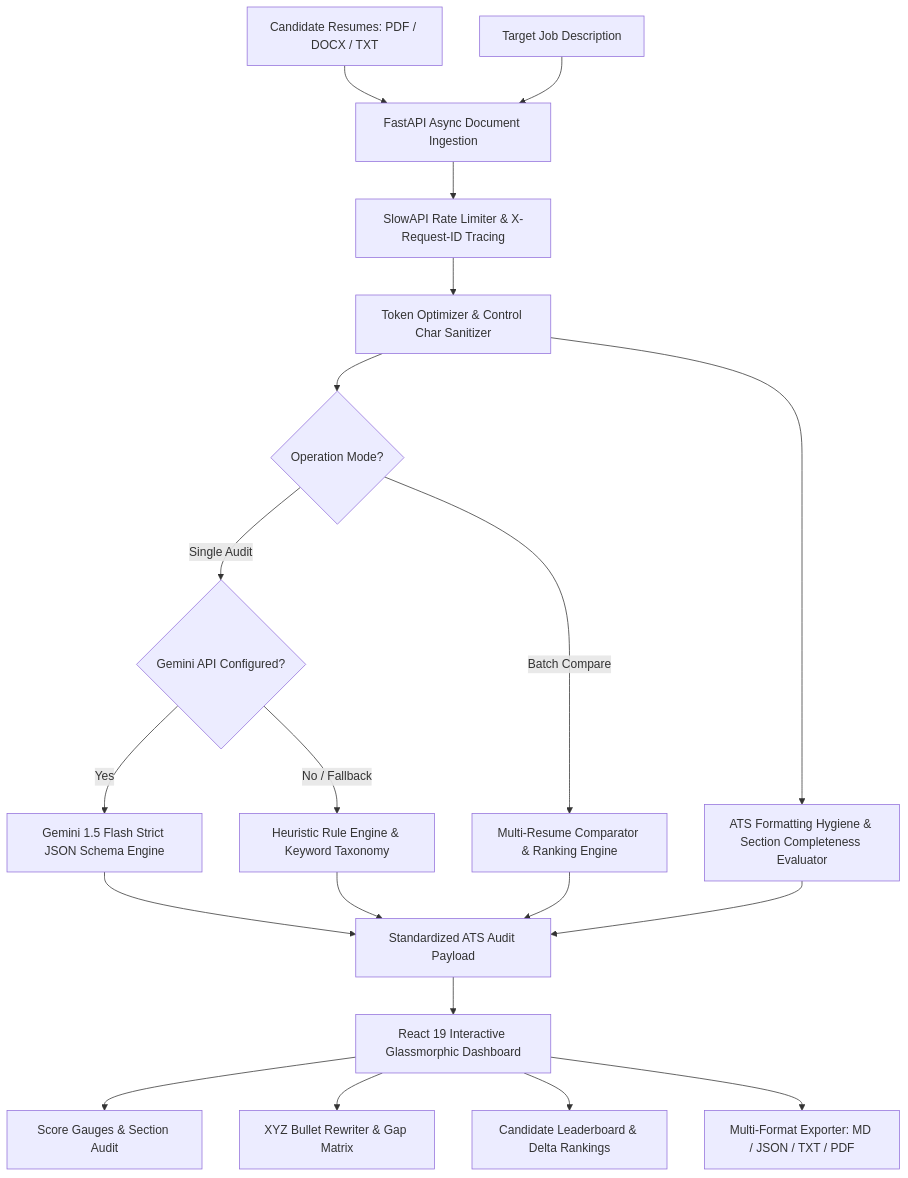
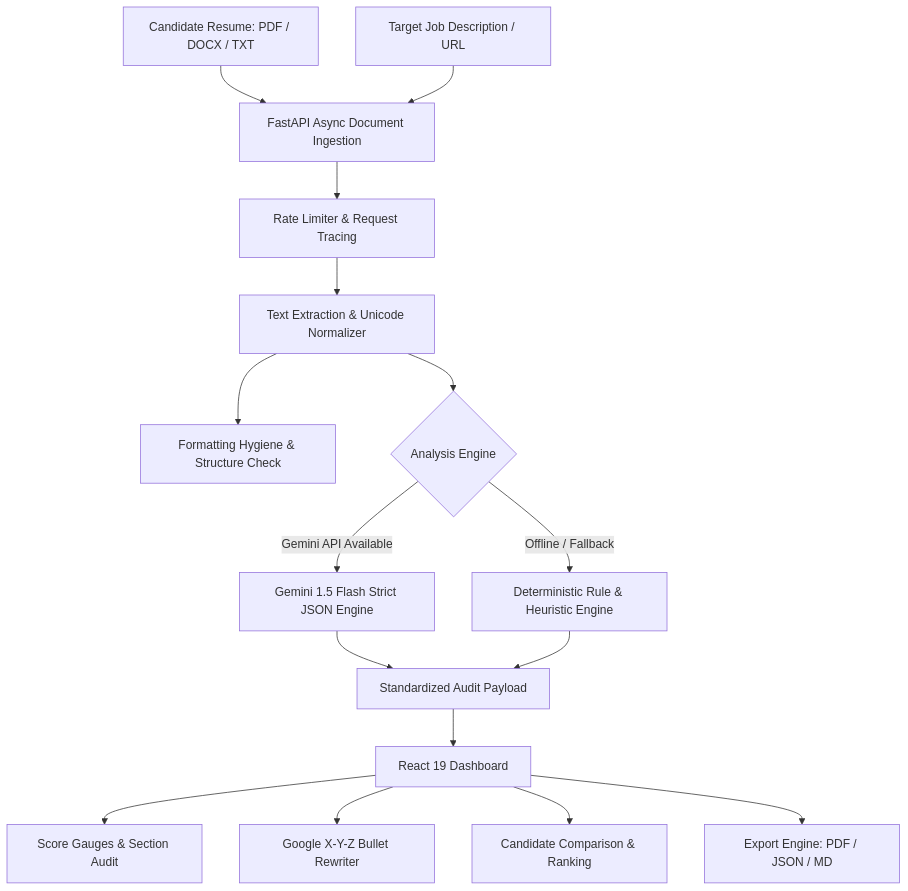
The diagram in README.md (srijansrivastava1234/AI-RESUME-ANALYSER), drawn with Mermaid before and after one commit. The commit also changed other lines of this file and 19 other files, not shown here.

Commit message:
refactor(docs): professionalize architecture documentation and repository structure

````diff
--- a/README.md
+++ b/README.md
@@ -38,22 +28,18 @@
 ```mermaid
 graph TD
-    A[Candidate Resumes: PDF / DOCX / TXT] --> B[FastAPI Async Document Ingestion]
-    J[Target Job Description] --> B
-    B --> SEC[SlowAPI Rate Limiter & X-Request-ID Tracing]
-    SEC --> C[Token Optimizer & Control Char Sanitizer]
-    C --> HYG[ATS Formatting Hygiene & Section Completeness Evaluator]
-    C --> COMP{Operation Mode?}
-    COMP -- Single Audit --> D{Gemini API Configured?}
-    COMP -- Batch Compare --> CMP[Multi-Resume Comparator & Ranking Engine]
-    D -- Yes --> E[Gemini 1.5 Flash Strict JSON Schema Engine]
-    D -- No / Fallback --> F[Heuristic Rule Engine & Keyword Taxonomy]
-    E --> G[Standardized ATS Audit Payload]
+    A[Candidate Resume: PDF / DOCX / TXT] --> B[FastAPI Async Document Ingestion]
+    J[Target Job Description / URL] --> B
+    B --> SEC[Rate Limiter & Request Tracing]
+    SEC --> C[Text Extraction & Unicode Normalizer]
+    C --> HYG[Formatting Hygiene & Structure Check]
+    C --> COMP{Analysis Engine}
+    COMP -- Gemini API Available --> E[Gemini 1.5 Flash Strict JSON Engine]
+    COMP -- Offline / Fallback --> F[Deterministic Rule & Heuristic Engine]
+    E --> G[Standardized Audit Payload]
     F --> G
-    CMP --> G
-    HYG --> G
-    G --> H[React 19 Interactive Glassmorphic Dashboard]
+    G --> H[React 19 Dashboard]
     H --> I1[Score Gauges & Section Audit]
-    H --> I2[XYZ Bullet Rewriter & Gap Matrix]
-    H --> I3[Candidate Leaderboard & Delta Rankings]
-    H --> I4[Multi-Format Exporter: MD / JSON / TXT / PDF]
+    H --> I2[Google X-Y-Z Bullet Rewriter]
+    H --> I3[Candidate Comparison & Ranking]
+    H --> I4[Export Engine: PDF / JSON / MD]
 ```
````
